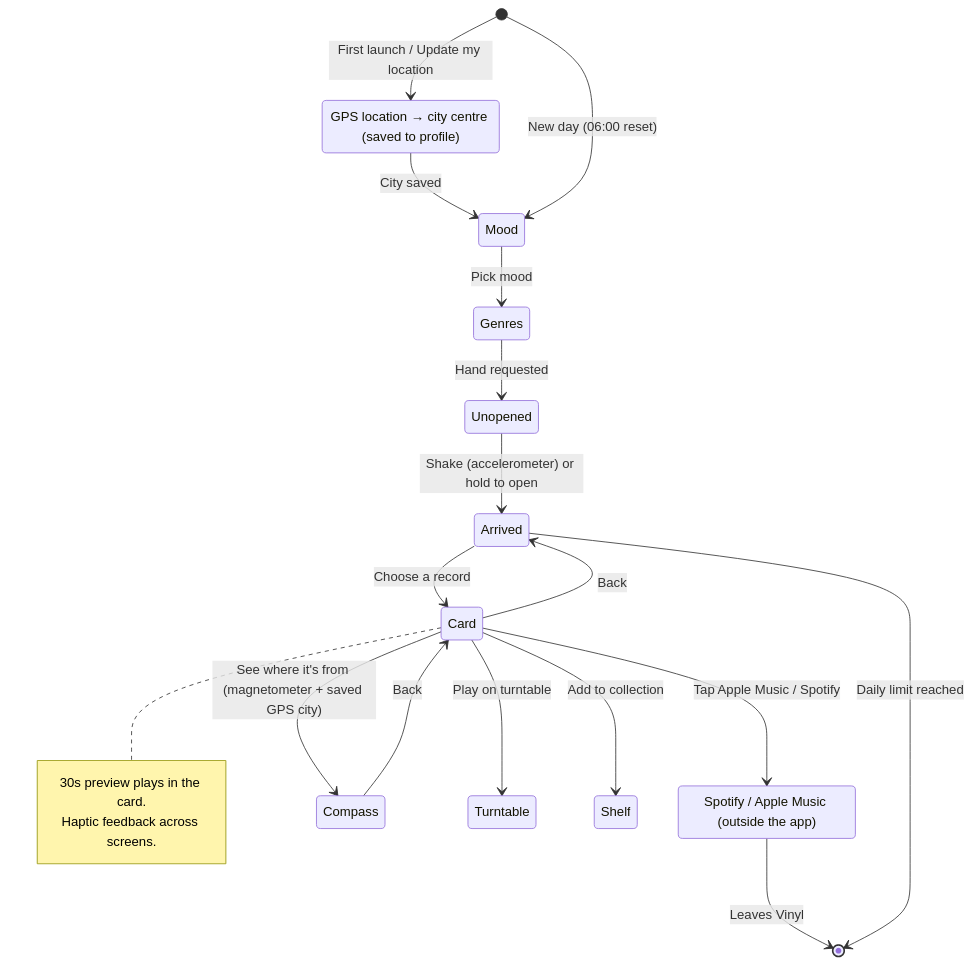
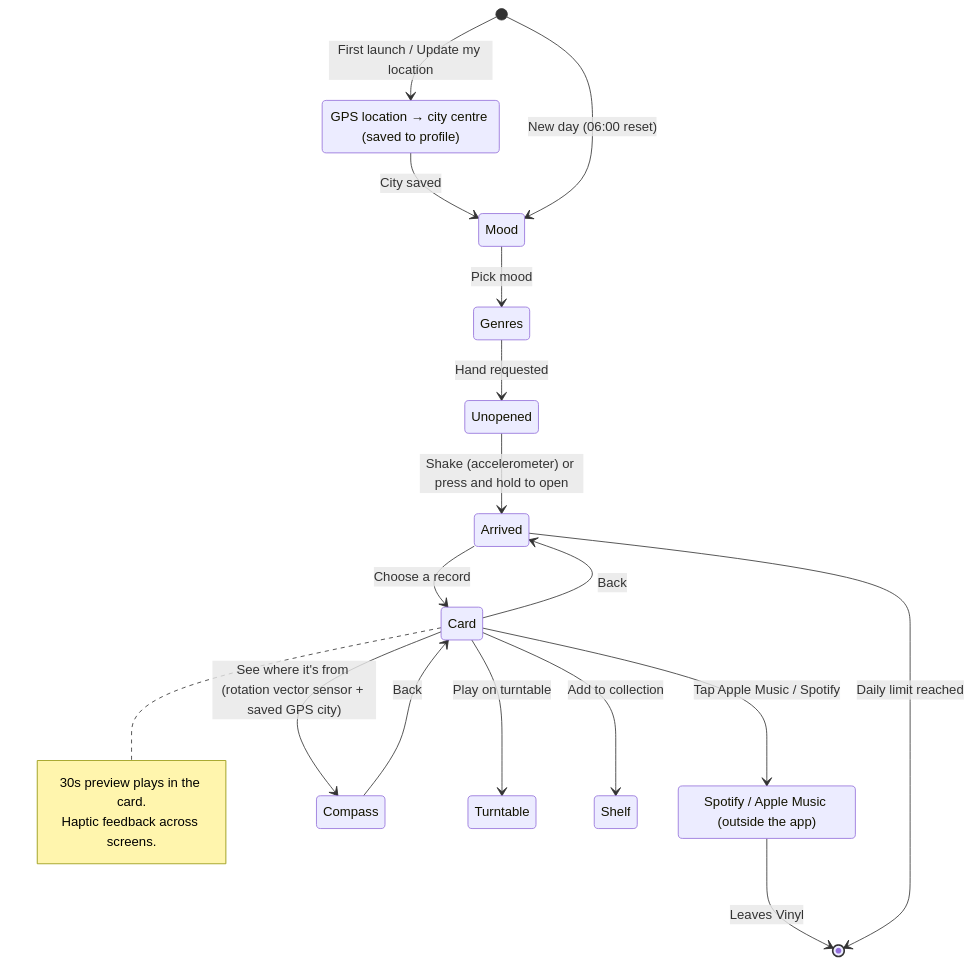
Before and after one commit to killlel/comp90018: the third of 4 diagrams in README.md, drawn with Mermaid. The commit also changed other lines of this file and 9 other files, not shown here.

````diff
--- a/README.md
+++ b/README.md
@@ -104,27 +106,27 @@
 ```mermaid
 stateDiagram-v2
     state "Spotify / Apple Music (outside the app)" as External
 
     state "GPS location → city centre (saved to profile)" as Gps
 
     [*] --> Gps: First launch / Update my location
     Gps --> Mood: City saved
     [*] --> Mood: New day (06:00 reset)
     Mood --> Genres: Pick mood
     Genres --> Unopened: Hand requested
-    Unopened --> Arrived: Shake (accelerometer) or hold to open
+    Unopened --> Arrived: Shake (accelerometer) or press and hold to open
     Arrived --> Card: Choose a record
-    Card --> Compass: See where it's from (magnetometer + saved GPS city)
+    Card --> Compass: See where it's from (rotation vector sensor + saved GPS city)
     Compass --> Card: Back
     Card --> Turntable: Play on turntable
     Card --> Shelf: Add to collection
     Card --> External: Tap Apple Music / Spotify
     External --> [*]: Leaves Vinyl
     Card --> Arrived: Back
     Arrived --> [*]: Daily limit reached
 
     note right of Card
         30s preview plays in the card.
         Haptic feedback across screens.
     end note
 ```
````
